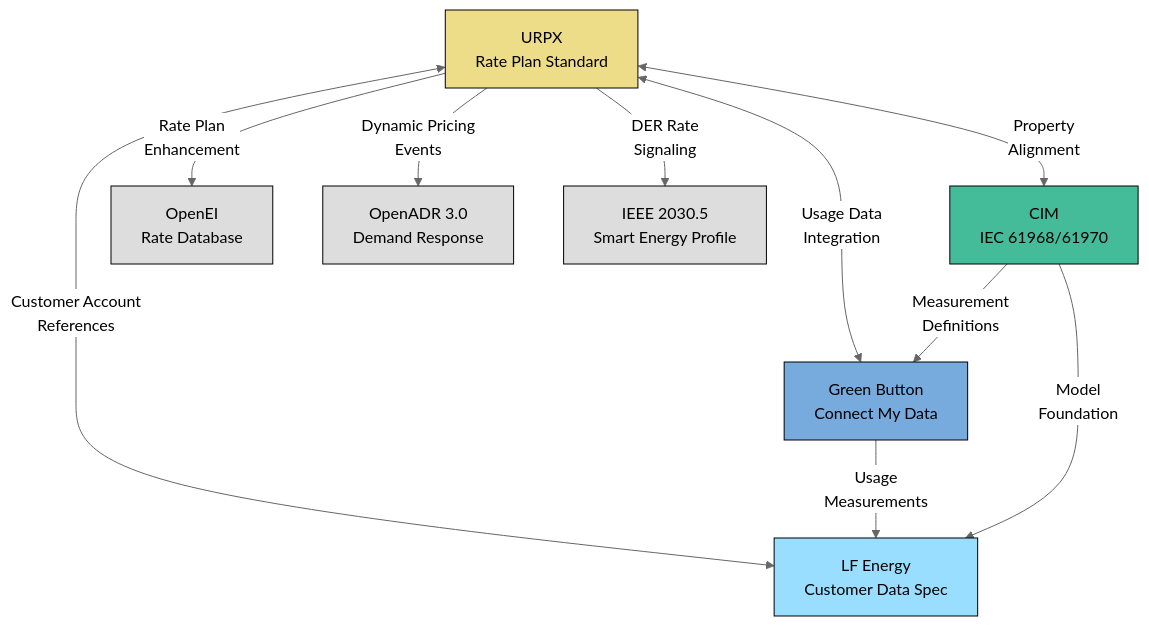
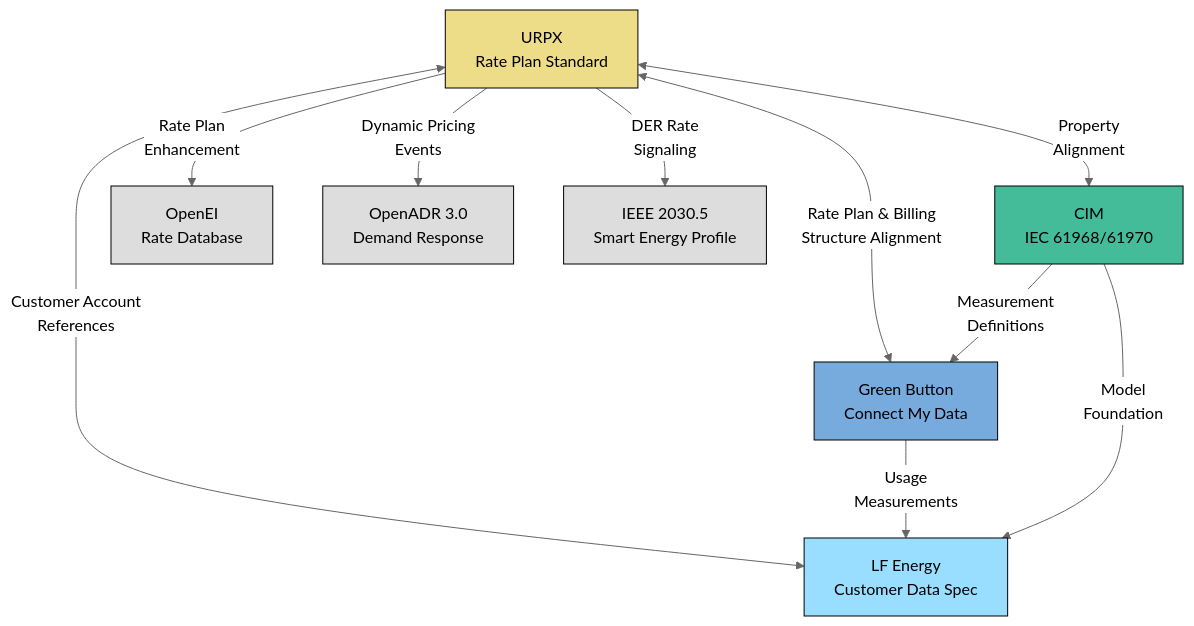
Before and after one commit to urpx-org/urpx: the first of 2 diagrams in documentation/pages/urpx-interoperability.md, drawn with Mermaid (neutral theme). The commit also changed other lines of this file, not shown here.

````diff
--- a/documentation/pages/urpx-interoperability.md
+++ b/documentation/pages/urpx-interoperability.md
@@ -67,34 +67,34 @@
 ```mermaid
 graph TB
     %% Define styles with Paul Tol 2.7 Light colors
     classDef urpxClass fill:#EEDD88,stroke:#000,color:#000
     classDef gbClass fill:#77AADD,stroke:#000,color:#000
     classDef cdsClass fill:#99DDFF,stroke:#000,color:#000
     classDef cimClass fill:#44BB99,stroke:#000,color:#000
     classDef otherClass fill:#DDDDDD,stroke:#000,color:#000
     
     %% URPX Core
     URPX[URPX<br/>Rate Plan Standard]:::urpxClass
     
     %% Direct Integrations
     GB[Green Button<br/>Connect My Data]:::gbClass
     CDS[LF Energy<br/>Customer Data Spec]:::cdsClass
     CIM[CIM<br/>IEC 61968/61970]:::cimClass
     
     %% Related Standards
     OpenEI[OpenEI<br/>Rate Database]:::otherClass
     OpenADR[OpenADR 3.0<br/>Demand Response]:::otherClass
     IEEE[IEEE 2030.5<br/>Smart Energy Profile]:::otherClass
     
     %% Connections
-    URPX <-->|Usage Data<br/>Integration| GB
+    URPX <-->|Rate Plan & Billing<br/>Structure Alignment| GB
     URPX <-->|Customer Account<br/>References| CDS
     URPX <-->|Property<br/>Alignment| CIM
     URPX -->|Rate Plan<br/>Enhancement| OpenEI
     URPX -->|Dynamic Pricing<br/>Events| OpenADR
     URPX -->|DER Rate<br/>Signaling| IEEE
     
     GB -->|Usage<br/>Measurements| CDS
     CIM -->|Model<br/>Foundation| CDS
     CIM -->|Measurement<br/>Definitions| GB
 ```
````
